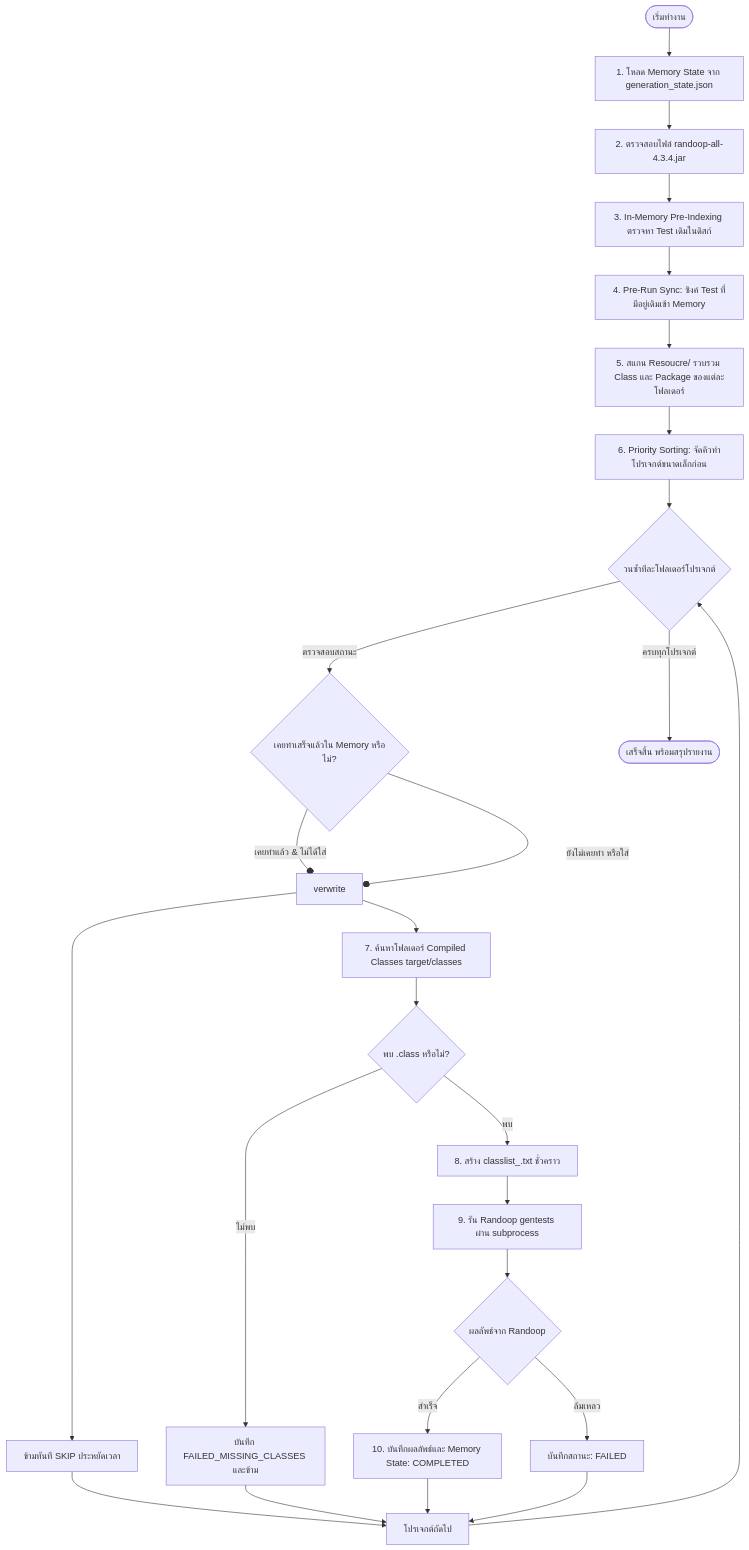
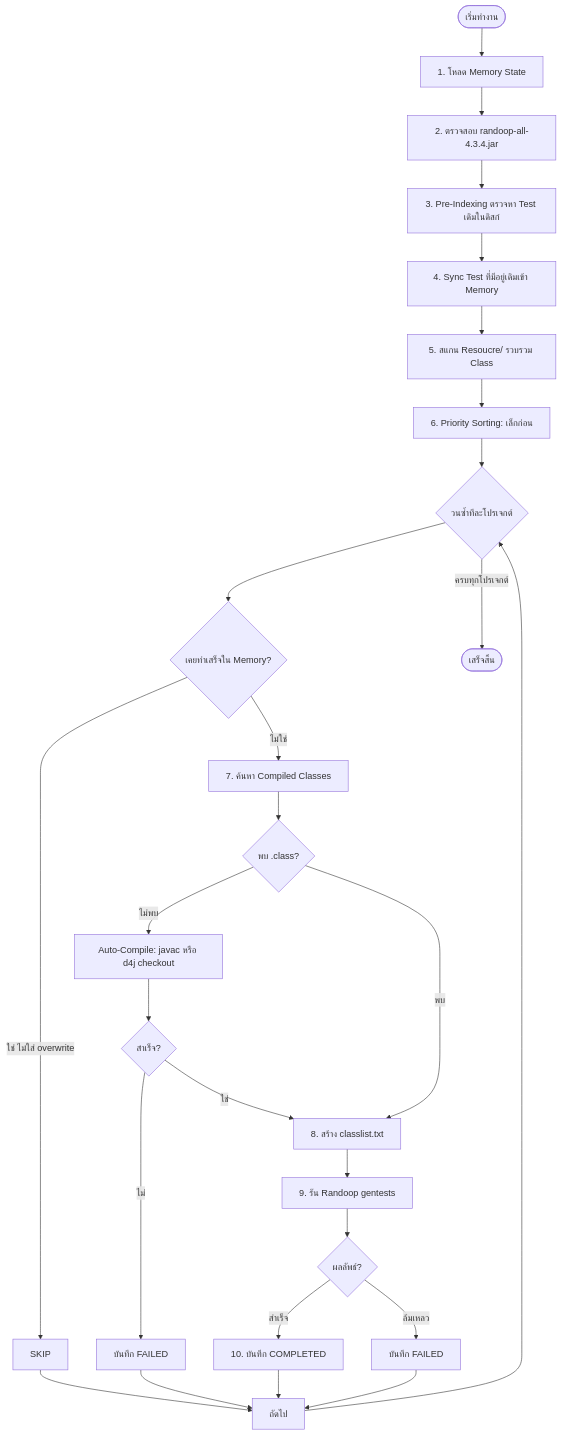
One commit to B-bsw/SQA-Project changed the diagram in script/generate_randoop_tests.md. Above: the diagram before and after it, drawn with Mermaid. The commit also changed other lines of this file and 1 other file, not shown here.

Commit message:
Edit Randoop script

````diff
--- a/script/generate_randoop_tests.md
+++ b/script/generate_randoop_tests.md
@@ -22,32 +24,29 @@
 ```mermaid
 flowchart TD
-    Start([เริ่มทำงาน]) --> LoadState[1. โหลด Memory State จาก generation_state.json]
-    LoadState --> FindJar[2. ตรวจสอบไฟล์ randoop-all-4.3.4.jar]
-    FindJar --> IndexDisk[3. In-Memory Pre-Indexing ตรวจหา Test เดิมในดิสก์]
-    IndexDisk --> SyncState[4. Pre-Run Sync: ซิงค์ Test ที่มีอยู่เดิมเข้า Memory]
-    SyncState --> ScanRes[5. สแกน Resoucre/ รวบรวม Class และ Package ของแต่ละโฟลเดอร์]
-    
-    ScanRes --> SortPriority[6. Priority Sorting: จัดคิวทำโปรเจกต์ขนาดเล็กก่อน]
-    SortPriority --> LoopProj{วนซ้ำทีละโฟลเดอร์โปรเจกต์}
-    
-    LoopProj -- ตรวจสอบสถานะ --> CheckMem{เคยทำเสร็จแล้วใน Memory หรือไม่?}
-    CheckMem -- เคยทำแล้ว & ไม่ได้ใส่ --overwrite --> Skip[ข้ามทันที SKIP ประหยัดเวลา]
-    CheckMem -- ยังไม่เคยทำ หรือใส่ --overwrite --> ResolveCP[7. ค้นหาโฟลเดอร์ Compiled Classes target/classes]
-    
-    ResolveCP --> CheckCP{พบ .class หรือไม่?}
-    CheckCP -- ไม่พบ --> RecordFail[บันทึก FAILED_MISSING_CLASSES และข้าม]
-    CheckCP -- พบ --> GenClassList[8. สร้าง classlist_<Project>.txt ชั่วคราว]
-    
-    GenClassList --> RunRandoop[9. รัน Randoop gentests ผ่าน subprocess]
-    RunRandoop --> CheckResult{ผลลัพธ์จาก Randoop}
-    
-    CheckResult -- สำเร็จ --> SaveState[10. บันทึกผลลัพธ์และ Memory State: COMPLETED]
-    CheckResult -- ล้มเหลว --> SaveFail[บันทึกสถานะ: FAILED]
-    
-    Skip --> NextProj[โปรเจกต์ถัดไป]
+    Start([เริ่มทำงาน]) --> LoadState[1. โหลด Memory State]
+    LoadState --> FindJar[2. ตรวจสอบ randoop-all-4.3.4.jar]
+    FindJar --> IndexDisk[3. Pre-Indexing ตรวจหา Test เดิมในดิสก์]
+    IndexDisk --> SyncState[4. Sync Test ที่มีอยู่เดิมเข้า Memory]
+    SyncState --> ScanRes[5. สแกน Resoucre/ รวบรวม Class]
+    ScanRes --> SortPriority[6. Priority Sorting: เล็กก่อน]
+    SortPriority --> LoopProj{วนซ้ำทีละโปรเจกต์}
+    LoopProj --> CheckMem{เคยทำเสร็จใน Memory?}
+    CheckMem -- ใช่ ไม่ใส่ overwrite --> Skip[SKIP]
+    CheckMem -- ไม่ใช่ --> ResolveCP[7. ค้นหา Compiled Classes]
+    ResolveCP --> CheckCP{พบ .class?}
+    CheckCP -- ไม่พบ --> AutoCompile[Auto-Compile: javac หรือ d4j checkout]
+    AutoCompile --> CheckCP2{สำเร็จ?}
+    CheckCP2 -- ไม่ --> RecordFail[บันทึก FAILED]
+    CheckCP2 -- ใช่ --> GenClassList
+    CheckCP -- พบ --> GenClassList[8. สร้าง classlist.txt]
+    GenClassList --> RunRandoop[9. รัน Randoop gentests]
+    RunRandoop --> CheckResult{ผลลัพธ์?}
+    CheckResult -- สำเร็จ --> SaveState[10. บันทึก COMPLETED]
+    CheckResult -- ล้มเหลว --> SaveFail[บันทึก FAILED]
+    Skip --> NextProj[ถัดไป]
     RecordFail --> NextProj
     SaveState --> NextProj
     SaveFail --> NextProj
     NextProj --> LoopProj
-    LoopProj -- ครบทุกโปรเจกต์ --> Finish([เสร็จสิ้น พร้อมสรุปรายงาน])
+    LoopProj -- ครบทุกโปรเจกต์ --> Finish([เสร็จสิ้น])
 ```
````
